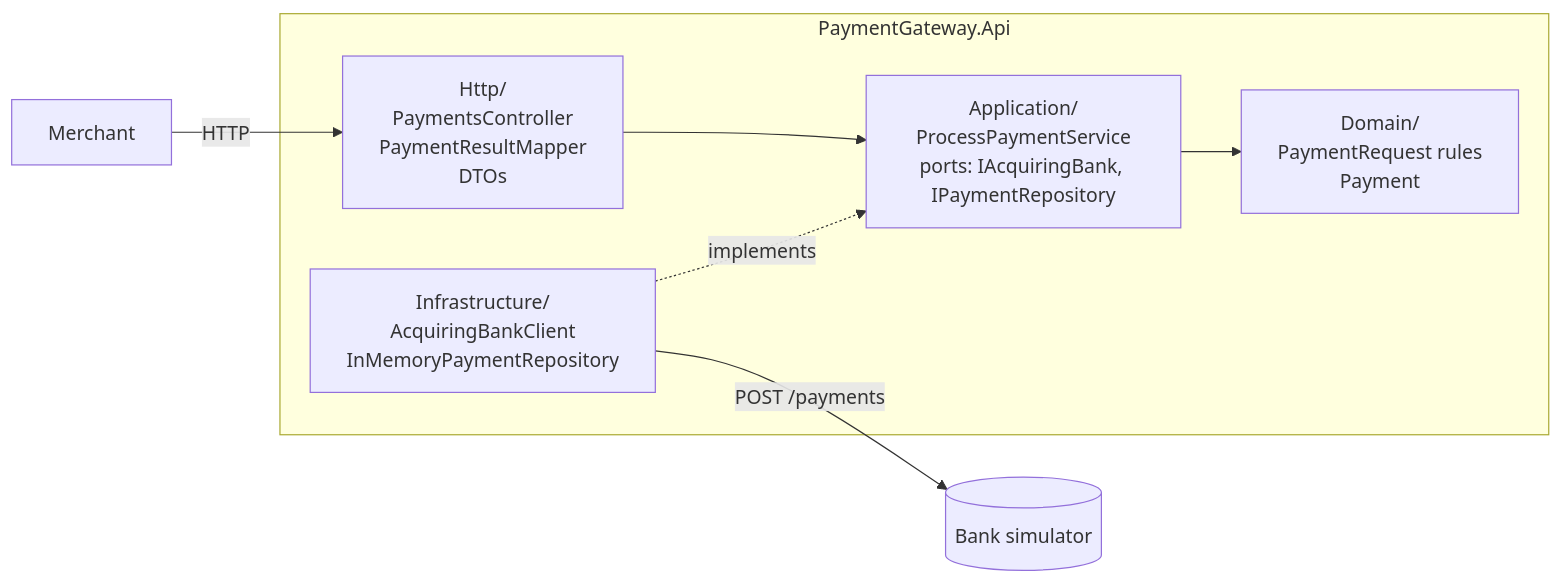
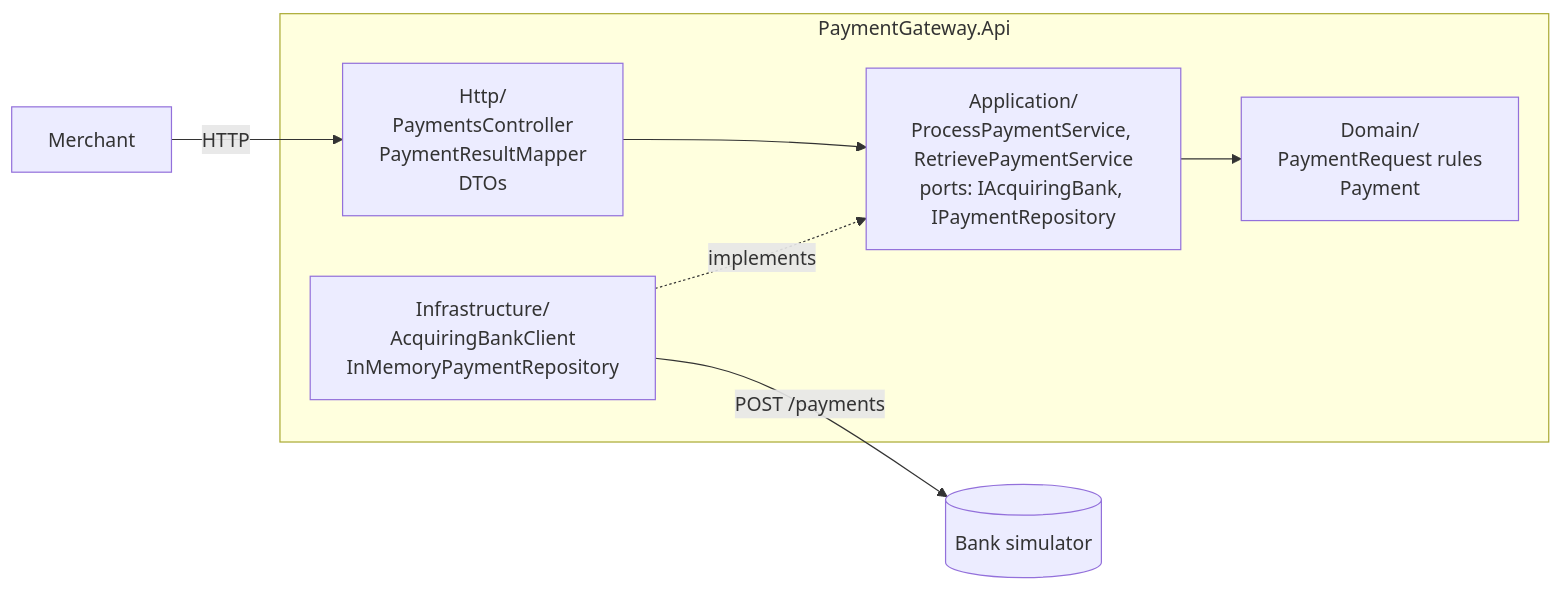
The first of 3 diagrams in README.md (laisferdan/payment-gateway-challenge-dotnet), drawn with Mermaid before and after one commit. The commit also changed other lines of this file and 21 other files, not shown here.

````diff
--- a/README.md
+++ b/README.md
@@ -99,10 +111,10 @@
 ```mermaid
 flowchart LR
     Merchant -->|HTTP| Http
     subgraph PaymentGateway.Api
         Http["Http/<br/>PaymentsController<br/>PaymentResultMapper<br/>DTOs"] --> Application
-        Application["Application/<br/>ProcessPaymentService<br/>ports: IAcquiringBank, IPaymentRepository"] --> Domain["Domain/<br/>PaymentRequest rules<br/>Payment"]
+        Application["Application/<br/>ProcessPaymentService, RetrievePaymentService<br/>ports: IAcquiringBank, IPaymentRepository"] --> Domain["Domain/<br/>PaymentRequest rules<br/>Payment"]
         Infrastructure["Infrastructure/<br/>AcquiringBankClient<br/>InMemoryPaymentRepository"] -. implements .-> Application
     end
     Infrastructure -->|POST /payments| Bank[(Bank simulator)]
 ```
````
